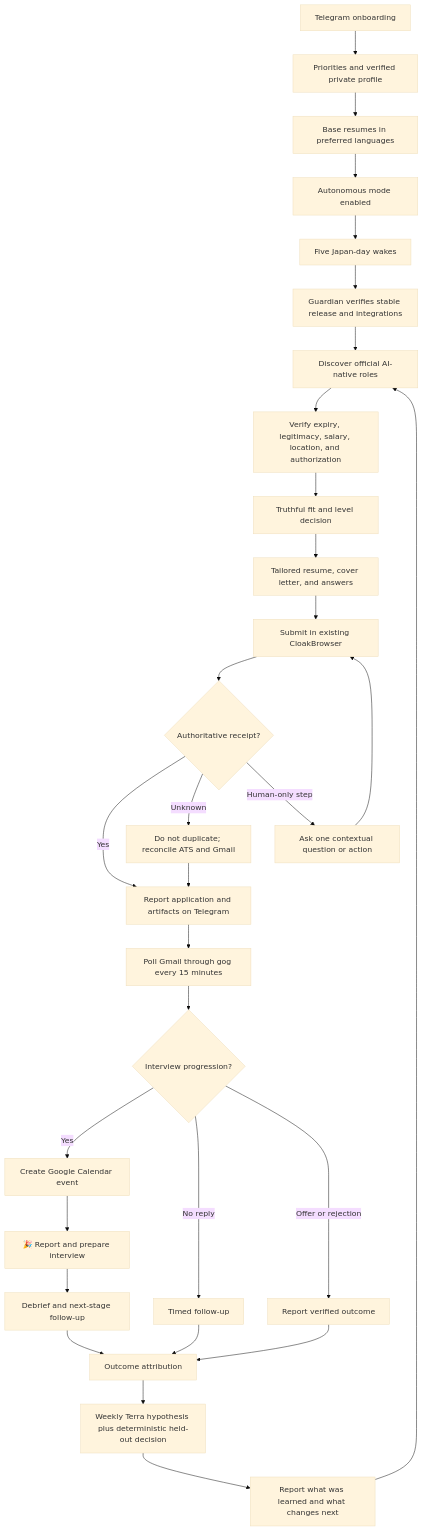
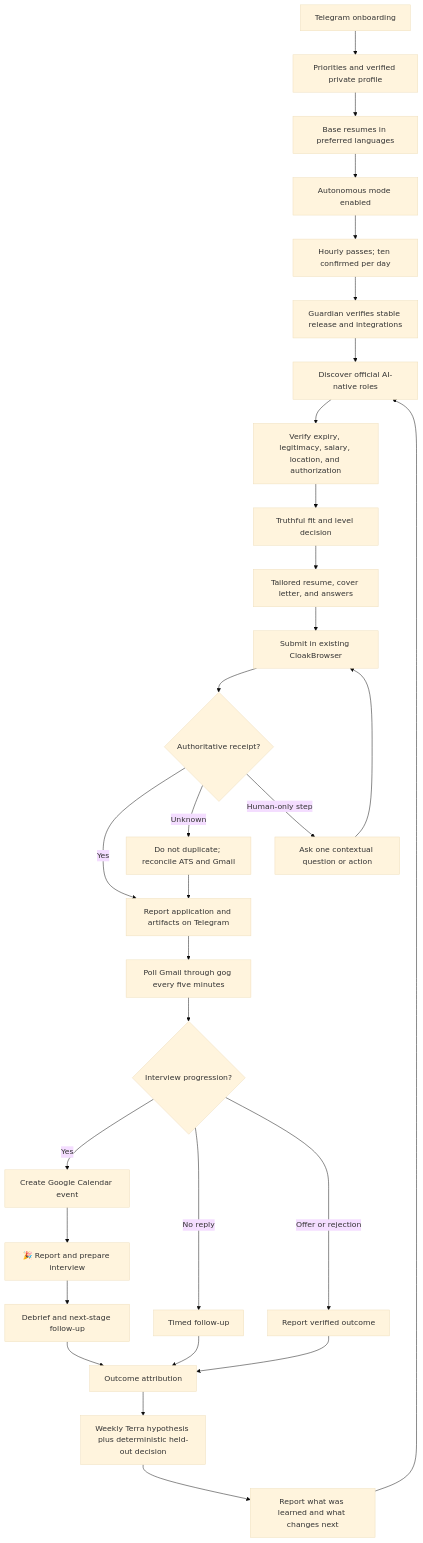
One commit to Daisuke134/anicca changed the diagram in docs/superpowers/plans/2026-08-02-job-hunter-local-completion.md. Above: the diagram before and after it, drawn with Mermaid (base theme). The commit also changed other lines of this file, not shown here.

````diff
--- a/docs/superpowers/plans/2026-08-02-job-hunter-local-completion.md
+++ b/docs/superpowers/plans/2026-08-02-job-hunter-local-completion.md
@@ -877,35 +957,35 @@
 ```mermaid
 flowchart TD
     O[Telegram onboarding] --> P[Priorities and verified private profile]
     P --> R[Base resumes in preferred languages]
     R --> A[Autonomous mode enabled]
 
-    A --> W[Five Japan-day wakes]
+    A --> W[Hourly passes; ten confirmed per day]
     W --> H[Guardian verifies stable release and integrations]
     H --> D[Discover official AI-native roles]
     D --> V[Verify expiry, legitimacy, salary, location, and authorization]
     V --> F[Truthful fit and level decision]
     F --> M[Tailored resume, cover letter, and answers]
     M --> S[Submit in existing CloakBrowser]
     S --> C{Authoritative receipt?}
     C -->|Yes| T[Report application and artifacts on Telegram]
     C -->|Unknown| U[Do not duplicate; reconcile ATS and Gmail]
     C -->|Human-only step| Q[Ask one contextual question or action]
     Q --> S
     U --> T
 
-    T --> G[Poll Gmail through gog every 15 minutes]
+    T --> G[Poll Gmail through gog every five minutes]
     G --> I{Interview progression?}
     I -->|Yes| E[Create Google Calendar event]
     E --> J[🎉 Report and prepare interview]
     J --> B[Debrief and next-stage follow-up]
     I -->|No reply| L[Timed follow-up]
     I -->|Offer or rejection| X[Report verified outcome]
 
     B --> Y[Outcome attribution]
     L --> Y
     X --> Y
     Y --> Z[Weekly Terra hypothesis plus deterministic held-out decision]
     Z --> K[Report what was learned and what changes next]
     K --> D
 ```
````
